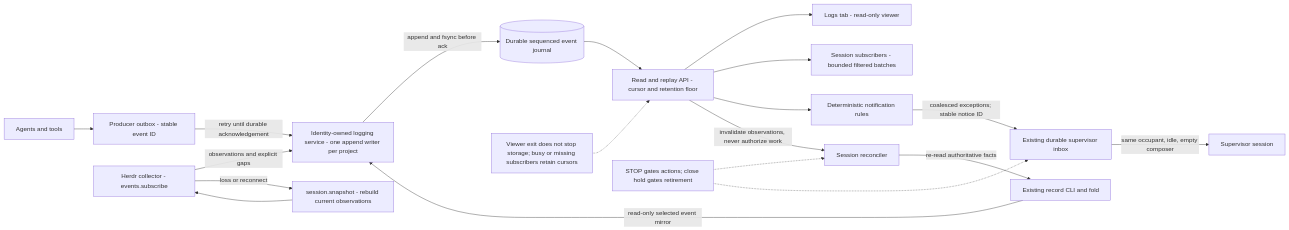
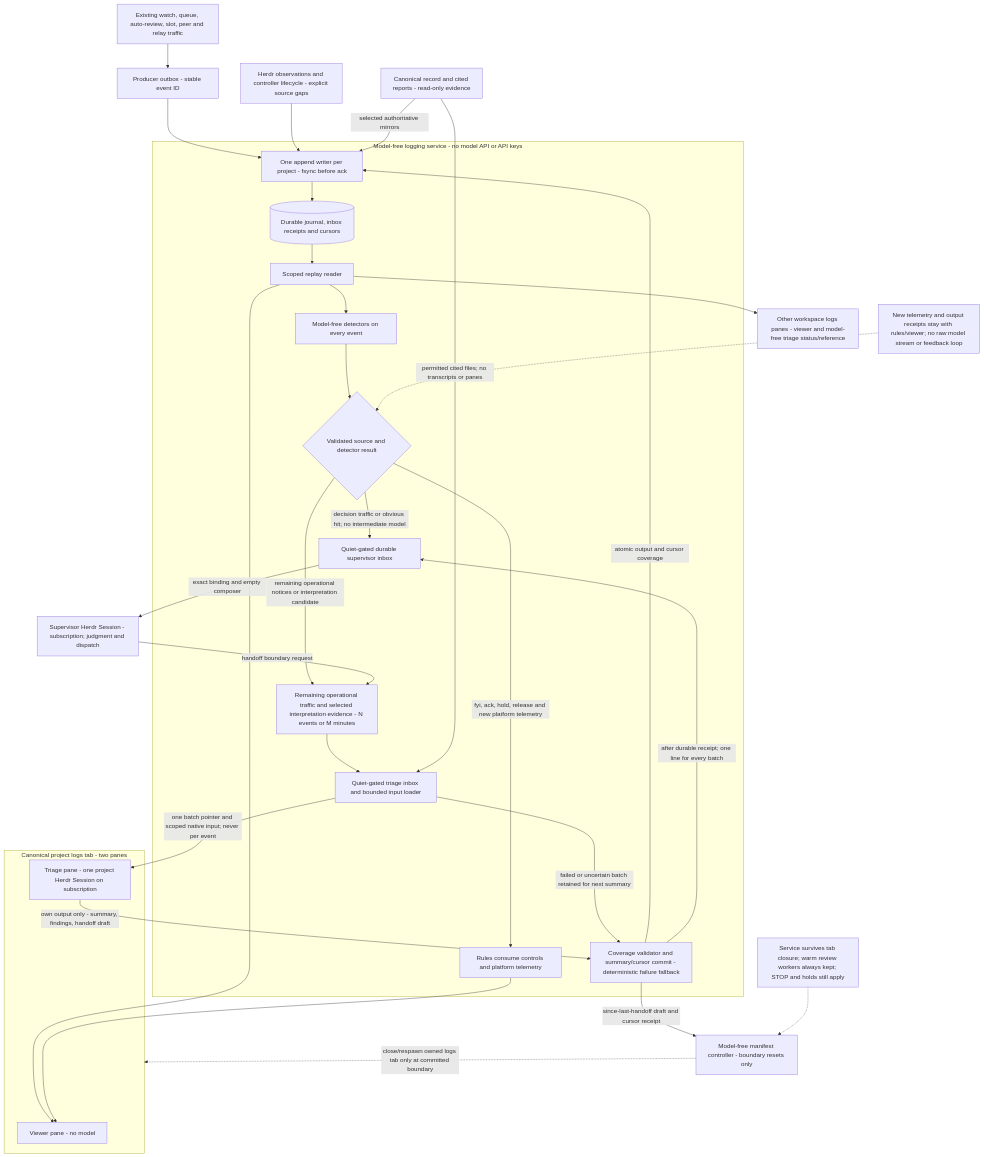
Before and after one commit to rewt/herdr-brain: the diagram in docs/research/session-architecture/diagrams/04-proposed-logging.mmd, drawn with Mermaid. The commit also changed 7 other files, not shown here.

Commit message:
docs: lock in adopted logging and subscription triage design

```diff
--- a/docs/research/session-architecture/diagrams/04-proposed-logging.mmd
+++ b/docs/research/session-architecture/diagrams/04-proposed-logging.mmd
@@ -1,33 +1,49 @@
-flowchart LR
-  Agents[Agents and tools]
+flowchart TB
+  Traffic[Existing watch, queue, auto-review, slot, peer and relay traffic]
   Outbox[Producer outbox - stable event ID]
-  Collector[Herdr collector - events.subscribe]
-  Snapshot[session.snapshot - rebuild current observations]
-  Service[Identity-owned logging service - one append writer per project]
-  Store[(Durable sequenced event journal)]
-  Read[Read and replay API - cursor and retention floor]
-  Viewer[Logs tab - read-only viewer]
-  Sessions[Session subscribers - bounded filtered batches]
-  Rules[Deterministic notification rules]
-  Inbox[Existing durable supervisor inbox]
-  Supervisor[Supervisor session]
-  Reconciler[Session reconciler]
-  Record[Existing record CLI and fold]
-  Agents --> Outbox -->|retry until durable acknowledgement| Service
-  Collector -->|observations and explicit gaps| Service
-  Collector -->|loss or reconnect| Snapshot
-  Snapshot --> Collector
-  Service -->|append and fsync before ack| Store --> Read
+  Observe[Herdr observations and controller lifecycle - explicit source gaps]
+  Record[Canonical record and cited reports - read-only evidence]
+  subgraph Service[Model-free logging service - no model API or API keys]
+    Writer[One append writer per project - fsync before ack]
+    Store[(Durable journal, inbox receipts and cursors)]
+    Read[Scoped replay reader]
+    Detect[Model-free detectors on every event]
+    Route{Validated source and detector result}
+    Rules[Rules consume controls and platform telemetry]
+    Batch[Remaining operational traffic and selected interpretation evidence - N events or M minutes]
+    TInbox[Quiet-gated triage inbox and bounded input loader]
+    Commit[Coverage validator and summary/cursor commit - deterministic failure fallback]
+    SInbox[Quiet-gated durable supervisor inbox]
+  end
+  subgraph Logs[Canonical project logs tab - two panes]
+    Viewer[Viewer pane - no model]
+    Triage[Triage pane - one project Herdr Session on subscription]
+  end
+  Other[Other workspace logs panes - viewer and model-free triage status/reference]
+  Supervisor[Supervisor Herdr Session - subscription; judgment and dispatch]
+  Controller[Model-free manifest controller - boundary resets only]
+  Traffic --> Outbox --> Writer --> Store --> Read
+  Observe --> Writer
+  Record -->|selected authoritative mirrors| Writer
   Read --> Viewer
-  Read --> Sessions
-  Read --> Rules
-  Rules -->|coalesced exceptions; stable notice ID| Inbox
-  Inbox -->|same occupant, idle, empty composer| Supervisor
-  Read -->|invalidate observations, never authorize work| Reconciler
-  Reconciler -->|re-read authoritative facts| Record
-  Record -->|read-only selected event mirror| Service
-  Hold[STOP gates actions; close hold gates retirement]
-  Hold -.-> Reconciler
-  Hold -.-> Inbox
-  Note[Viewer exit does not stop storage; busy or missing subscribers retain cursors]
-  Note -.-> Read
+  Read --> Other
+  Read --> Detect --> Route
+  Route -->|decision traffic or obvious hit; no intermediate model| SInbox
+  Route -->|fyi, ack, hold, release and new platform telemetry| Rules
+  Route -->|remaining operational notices or interpretation candidate| Batch
+  Rules --> Viewer
+  Batch --> TInbox
+  Record -->|permitted cited files; no transcripts or panes| TInbox
+  TInbox -->|one batch pointer and scoped native input; never per event| Triage
+  Triage -->|own output only - summary, findings, handoff draft| Commit
+  TInbox -->|failed or uncertain batch retained for next summary| Commit
+  Commit -->|atomic output and cursor coverage| Writer
+  Commit -->|after durable receipt; one line for every batch| SInbox
+  SInbox -->|exact binding and empty composer| Supervisor
+  Supervisor -->|handoff boundary request| Batch
+  Commit -->|since-last-handoff draft and cursor receipt| Controller
+  Controller -.->|close/respawn owned logs tab only at committed boundary| Logs
+  Note[New telemetry and output receipts stay with rules/viewer; no raw model stream or feedback loop]
+  Note -.-> Route
+  Safety[Service survives tab closure; warm review workers always kept; STOP and holds still apply]
+  Safety -.-> Controller
```
